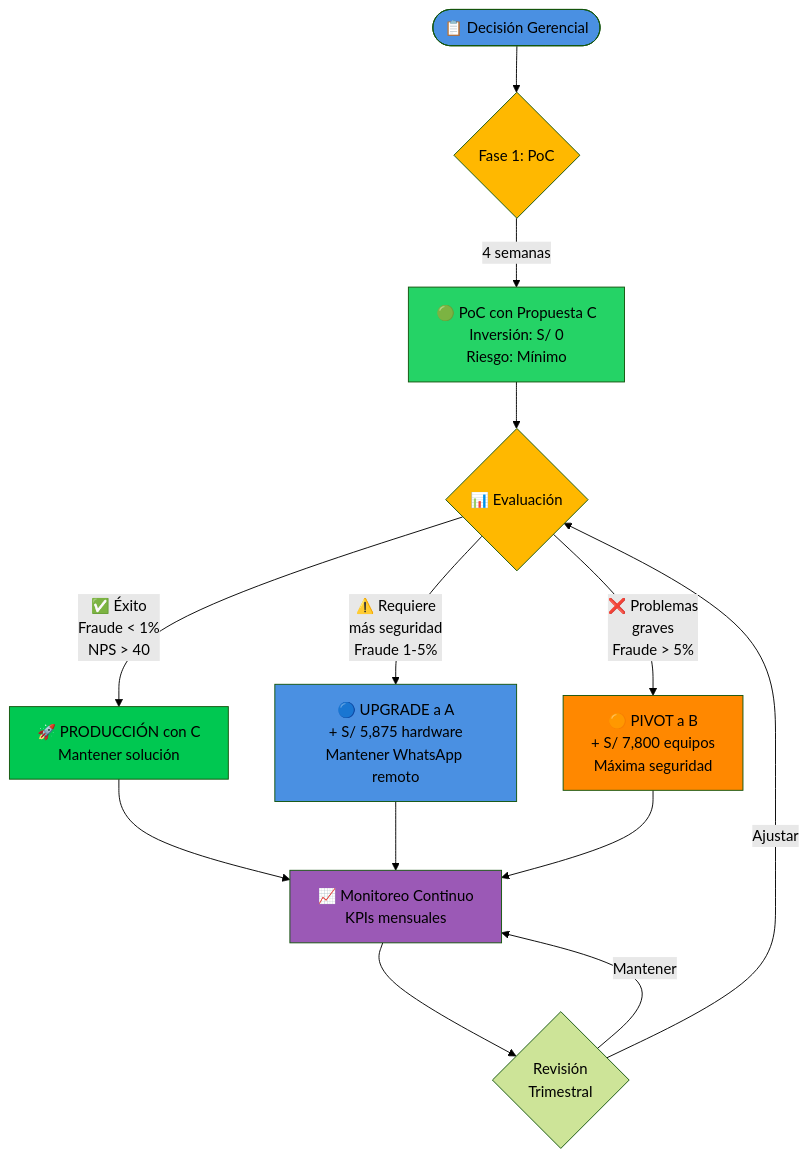
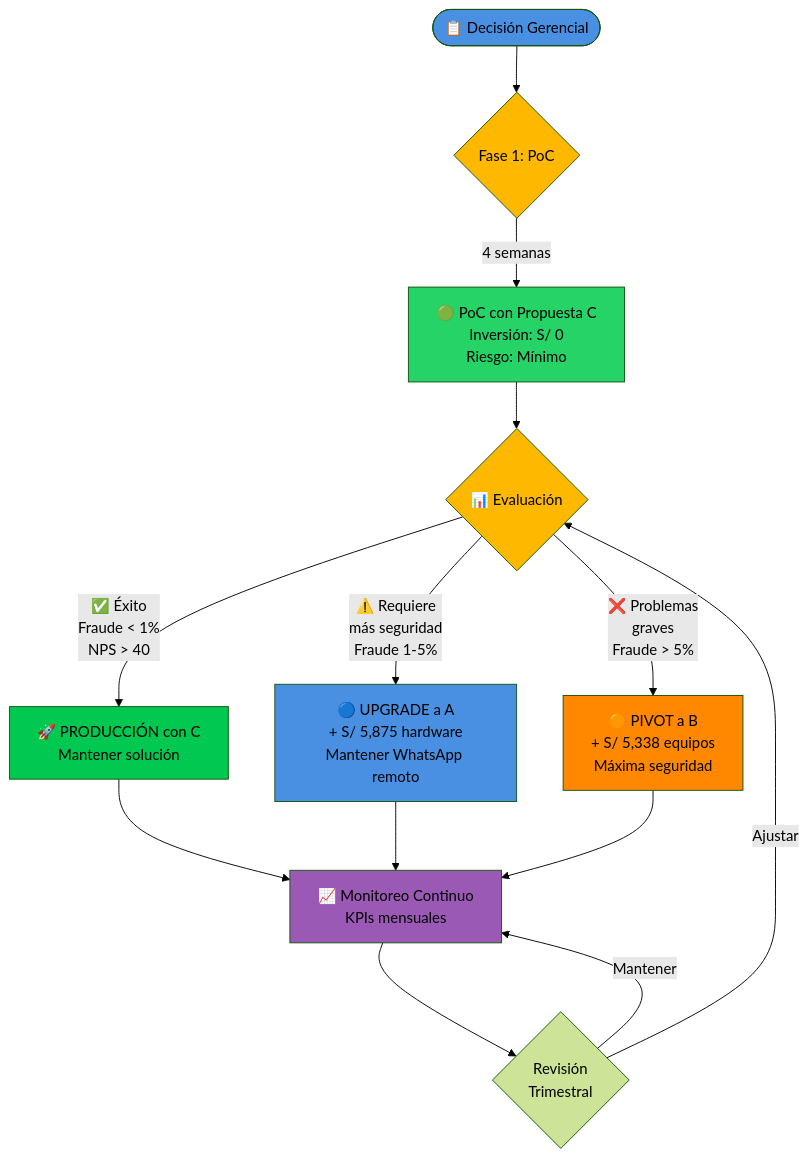
The second of 2 diagrams in 04-COMPARATIVA.md (jorgevasquezutec/mp-asistencia), drawn with Mermaid (forest theme) before and after one commit. The commit also changed other lines of this file and 6 other files, not shown here.

````diff
--- a/04-COMPARATIVA.md
+++ b/04-COMPARATIVA.md
@@ -759,31 +760,31 @@
 ```mermaid
 flowchart TB
     Start([📋 Decisión Gerencial]) --> Phase1{Fase 1: PoC}
 
     Phase1 -->|4 semanas| PoCC[🟢 PoC con Propuesta C<br/>Inversión: S/ 0<br/>Riesgo: Mínimo]
 
     PoCC --> Eval{📊 Evaluación}
 
     Eval -->|✅ Éxito<br/>Fraude < 1%<br/>NPS > 40| Prod1[🚀 PRODUCCIÓN con C<br/>Mantener solución]
 
     Eval -->|⚠️ Requiere<br/>más seguridad<br/>Fraude 1-5%| Upgrade1[🔵 UPGRADE a A<br/>+ S/ 5,875 hardware<br/>Mantener WhatsApp remoto]
 
-    Eval -->|❌ Problemas<br/>graves<br/>Fraude > 5%| Pivot[🟠 PIVOT a B<br/>+ S/ 7,800 equipos<br/>Máxima seguridad]
+    Eval -->|❌ Problemas<br/>graves<br/>Fraude > 5%| Pivot[🟠 PIVOT a B<br/>+ S/ 5,338 equipos<br/>Máxima seguridad]
 
     Prod1 --> Monitor[📈 Monitoreo Continuo<br/>KPIs mensuales]
     Upgrade1 --> Monitor
     Pivot --> Monitor
 
     Monitor --> Review{Revisión<br/>Trimestral}
     Review -->|Mantener| Monitor
     Review -->|Ajustar| Eval
 
     style Start fill:#4A90E2
     style Phase1 fill:#FFB800
     style PoCC fill:#25D366
     style Eval fill:#FFB800
     style Prod1 fill:#00C851
     style Upgrade1 fill:#4A90E2
     style Pivot fill:#FF8800
     style Monitor fill:#9B59B6
 ```
````
